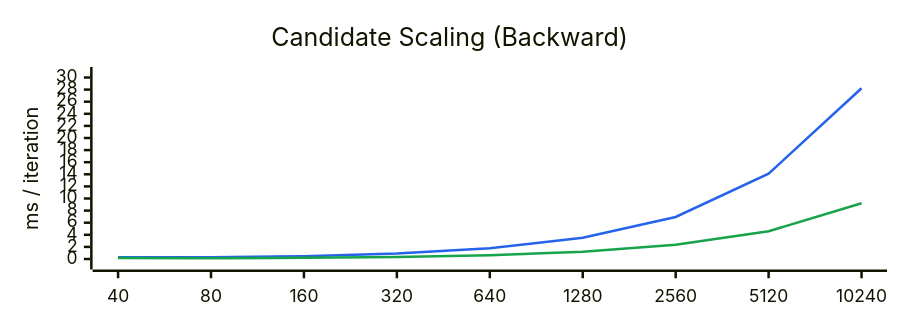
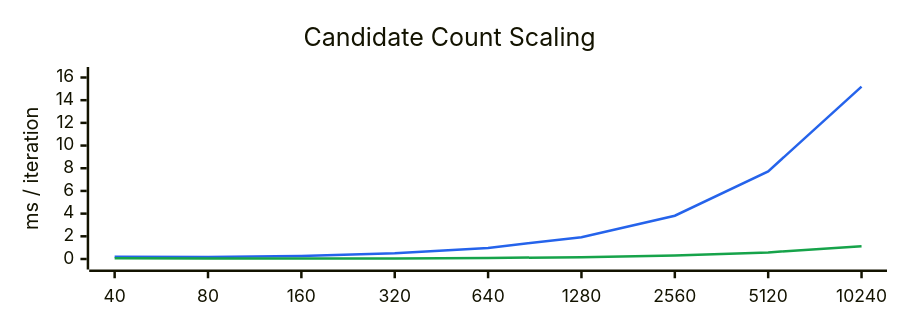
One commit to samatawy/rules changed the first of 9 diagrams in src/help/performance.md. Above: the diagram before and after it, drawn with Mermaid. The commit also changed other lines of this file and 18 other files, not shown here.

````diff
--- a/src/help/performance.md
+++ b/src/help/performance.md
@@ -56,9 +56,9 @@
 ```mermaid
 %%{init: {'xyChart': {'height': 240}, 'themeVariables': {'xyChart': {'plotColorPalette': '#2563eb, #16a34a'}}}}%%
 xychart-beta
-    title "Candidate Scaling (Backward)"
+    title "Candidate Count Scaling"
     x-axis [40, 80, 160, 320, 640, 1280, 2560, 5120, 10240]
-    y-axis "ms / iteration" 0 --> 30
-    line [0.271, 0.272, 0.468, 0.896, 1.786, 3.509, 6.946, 14.094, 28.217]
-    line [0.182, 0.129, 0.196, 0.323, 0.623, 1.21, 2.339, 4.579, 9.203]
+    y-axis "ms / iteration" 0 --> 16
+    line [0.192, 0.176, 0.27, 0.508, 0.978, 1.919, 3.816, 7.725, 15.194]
+    line [0.07, 0.039, 0.041, 0.053, 0.089, 0.161, 0.315, 0.583, 1.122]
 ```
````
